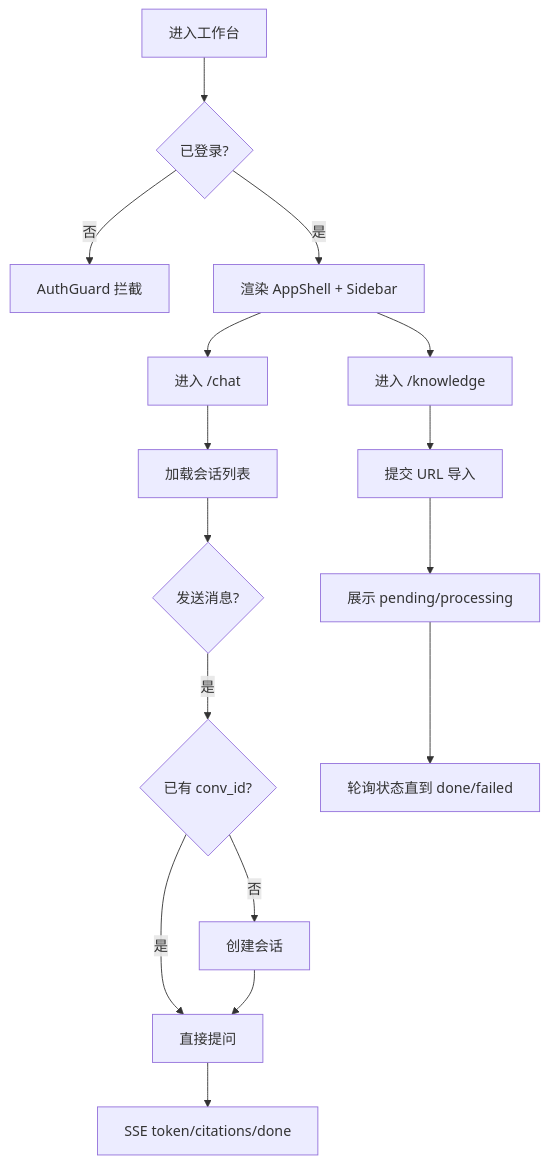
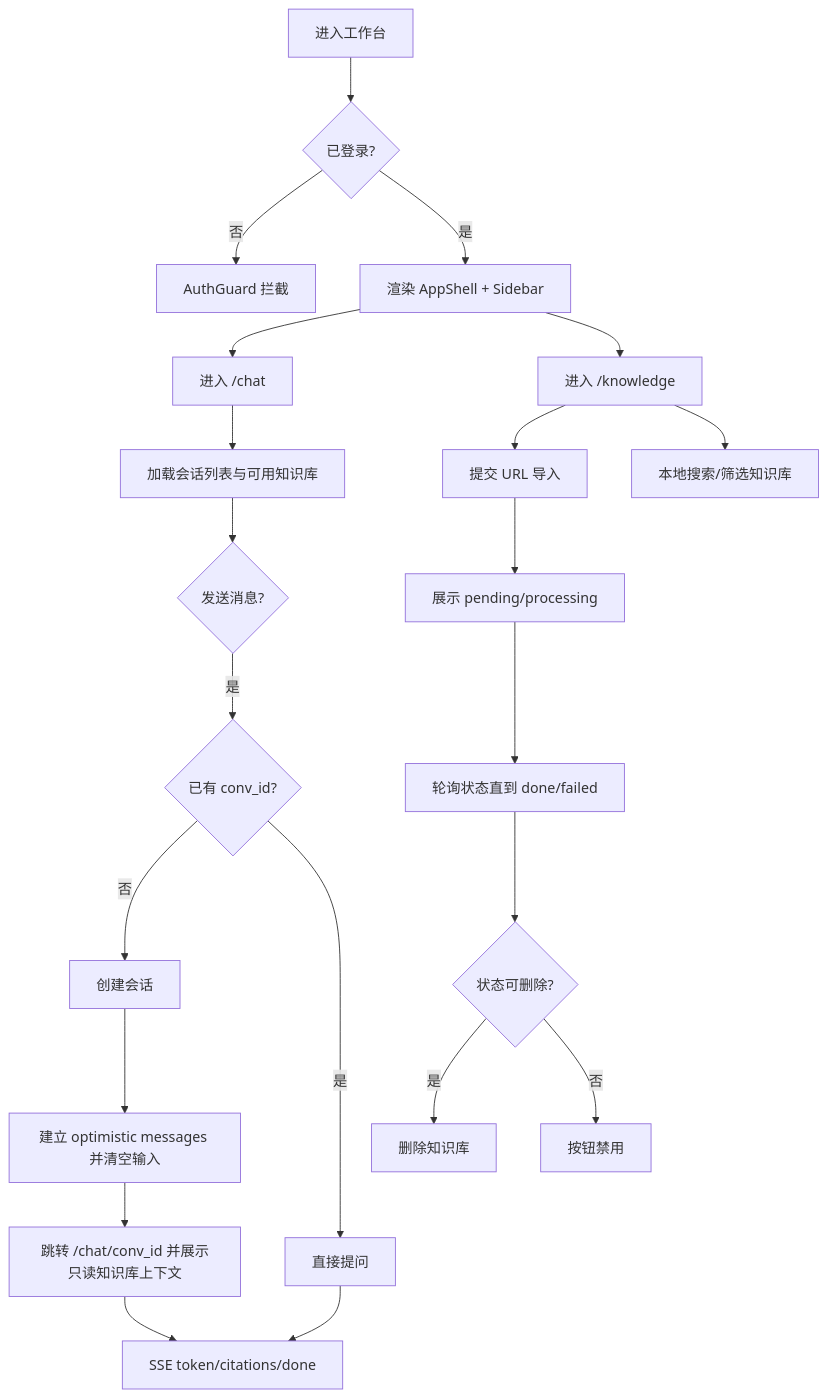
One commit to ren-meng-xue/offer-copilot changed the diagram in spec/frontend/frontend-workspace.md. Above: the diagram before and after it, drawn with Mermaid. The commit also changed other lines of this file and 64 other files, not shown here.

````diff
--- a/spec/frontend/frontend-workspace.md
+++ b/spec/frontend/frontend-workspace.md
@@ -105,20 +114,26 @@
 ```mermaid
 flowchart TD
   A[进入工作台] --> B{已登录?}
   B -- 否 --> C[AuthGuard 拦截]
   B -- 是 --> D[渲染 AppShell + Sidebar]
 
   D --> E[进入 /chat]
-  E --> F[加载会话列表]
+  E --> F[加载会话列表与可用知识库]
   F --> G{发送消息?}
   G -- 是 --> H{已有 conv_id?}
   H -- 否 --> I[创建会话]
-  H -- 是 --> J[直接提问]
-  I --> J
-  J --> K[SSE token/citations/done]
+  I --> J[建立 optimistic messages 并清空输入]
+  J --> K[跳转 /chat/conv_id 并展示只读知识库上下文]
+  H -- 是 --> L[直接提问]
+  L --> M[SSE token/citations/done]
+  K --> M
 
-  D --> L[进入 /knowledge]
-  L --> M[提交 URL 导入]
-  M --> N[展示 pending/processing]
-  N --> O[轮询状态直到 done/failed]
+  D --> N[进入 /knowledge]
+  N --> O[提交 URL 导入]
+  O --> P[展示 pending/processing]
+  P --> Q[轮询状态直到 done/failed]
+  N --> R[本地搜索/筛选知识库]
+  Q --> S{状态可删除?}
+  S -- 是 --> T[删除知识库]
+  S -- 否 --> U[按钮禁用]
 ```
````
